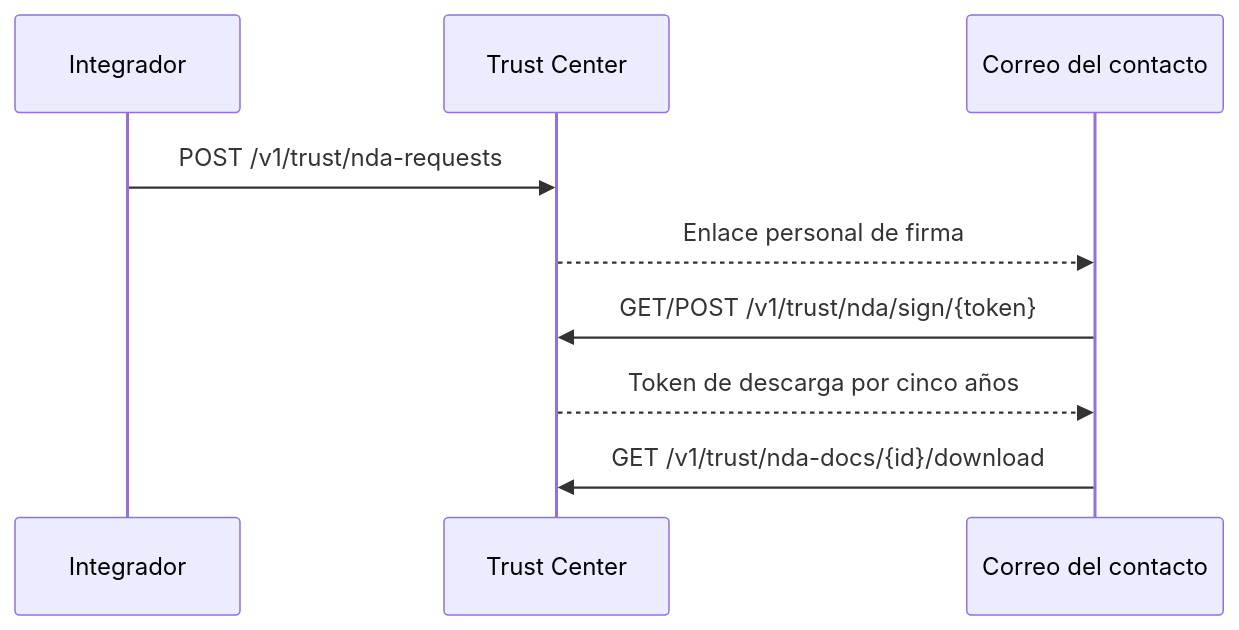
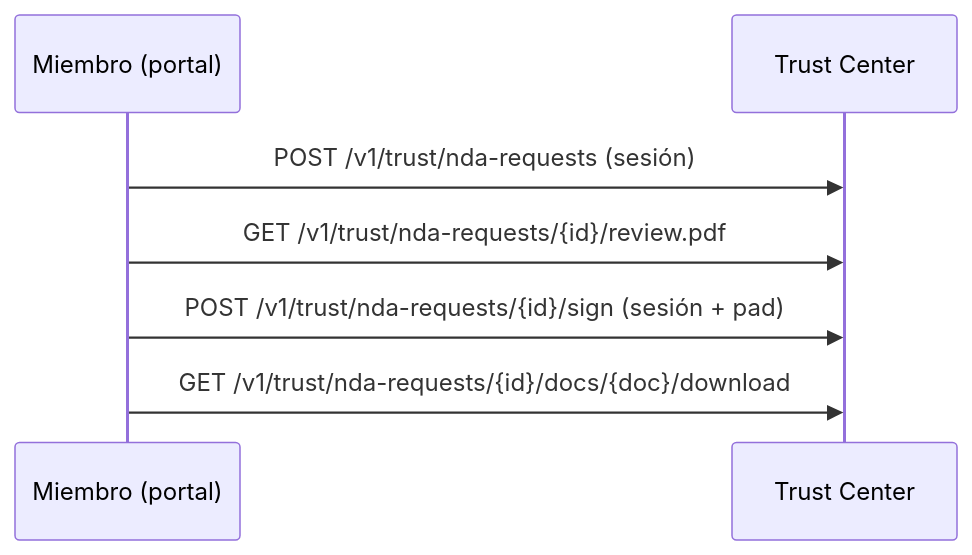
One commit to CBpayapp/cbpay-docs changed the diagram in es/guides/trust-center-nda.mdx. Above: the diagram before and after it, drawn with Mermaid. The commit also changed other lines of this file and 39 other files, not shown here.

````diff
--- a/es/guides/trust-center-nda.mdx
+++ b/es/guides/trust-center-nda.mdx
@@ -19,11 +19,9 @@
 ```mermaid
 sequenceDiagram
-  participant I as Integrador
+  participant M as Miembro (portal)
   participant T as Trust Center
-  participant E as Correo del contacto
-  I->>T: POST /v1/trust/nda-requests
-  T-->>E: Enlace personal de firma
-  E->>T: GET/POST /v1/trust/nda/sign/{token}
-  T-->>E: Token de descarga por cinco años
-  E->>T: GET /v1/trust/nda-docs/{id}/download
+  M->>T: POST /v1/trust/nda-requests (sesión)
+  M->>T: GET /v1/trust/nda-requests/{id}/review.pdf
+  M->>T: POST /v1/trust/nda-requests/{id}/sign (sesión + pad)
+  M->>T: GET /v1/trust/nda-requests/{id}/docs/{doc}/download
 ```
````
